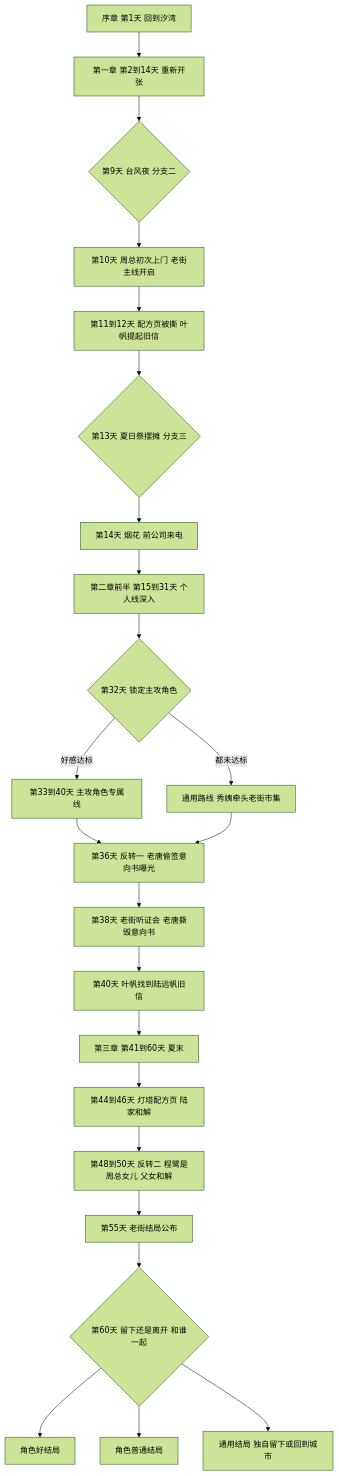
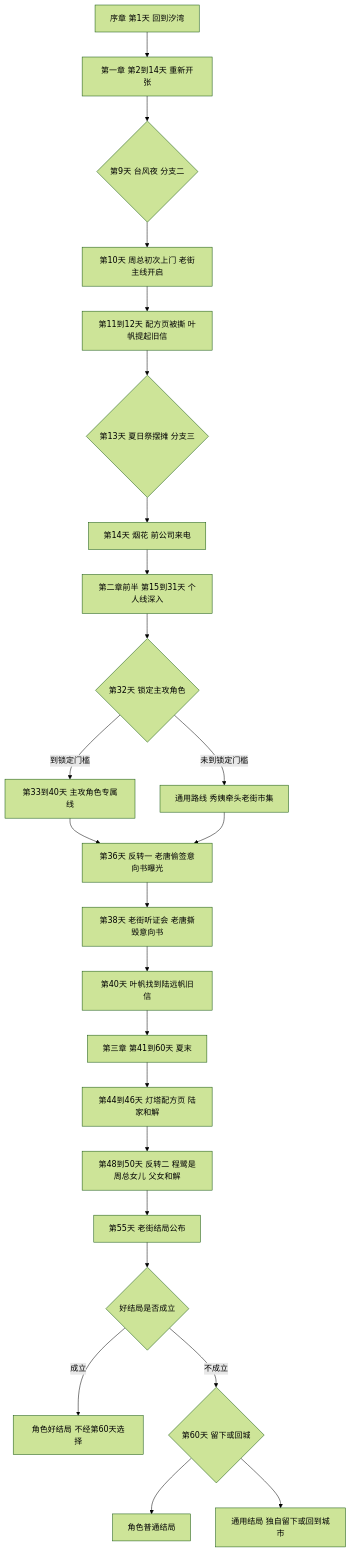
The diagram in projects/seaside-cafe/01-planning/story-flow.md (GmhLovEDM/grok-prototype), drawn with Mermaid (forest theme) before and after one commit. The commit also changed other lines of this file and 18 other files, not shown here.

````diff
--- a/projects/seaside-cafe/01-planning/story-flow.md
+++ b/projects/seaside-cafe/01-planning/story-flow.md
@@ -29,25 +29,26 @@
 ```mermaid
 flowchart TD
     P[序章 第1天 回到汐湾] --> C1[第一章 第2到14天 重新开张]
     C1 --> D9{第9天 台风夜 分支二}
     D9 --> D10[第10天 周总初次上门 老街主线开启]
     D10 --> D11[第11到12天 配方页被撕 叶帆提起旧信]
     D11 --> D13{第13天 夏日祭摆摊 分支三}
     D13 --> D14[第14天 烟花 前公司来电]
     D14 --> C2A[第二章前半 第15到31天 个人线深入]
     C2A --> L{第32天 锁定主攻角色}
-    L -->|好感达标| R[第33到40天 主攻角色专属线]
-    L -->|都未达标| G[通用路线 秀姨牵头老街市集]
+    L -->|到锁定门槛| R[第33到40天 主攻角色专属线]
+    L -->|未到锁定门槛| G[通用路线 秀姨牵头老街市集]
     R --> T1[第36天 反转一 老唐偷签意向书曝光]
     G --> T1
     T1 --> H[第38天 老街听证会 老唐撕毁意向书]
     H --> LET[第40天 叶帆找到陆远帆旧信]
     LET --> C3[第三章 第41到60天 夏末]
     C3 --> LH[第44到46天 灯塔配方页 陆家和解]
     LH --> T2[第48到50天 反转二 程鹭是周总女儿 父女和解]
     T2 --> OS[第55天 老街结局公布]
-    OS --> F{第60天 留下还是离开 和谁一起}
-    F --> E1[角色好结局]
+    OS --> J{好结局是否成立}
+    J -->|成立| E1[角色好结局 不经第60天选择]
+    J -->|不成立| F{第60天 留下或回城}
     F --> E2[角色普通结局]
     F --> E3[通用结局 独自留下或回到城市]
 ```
````
